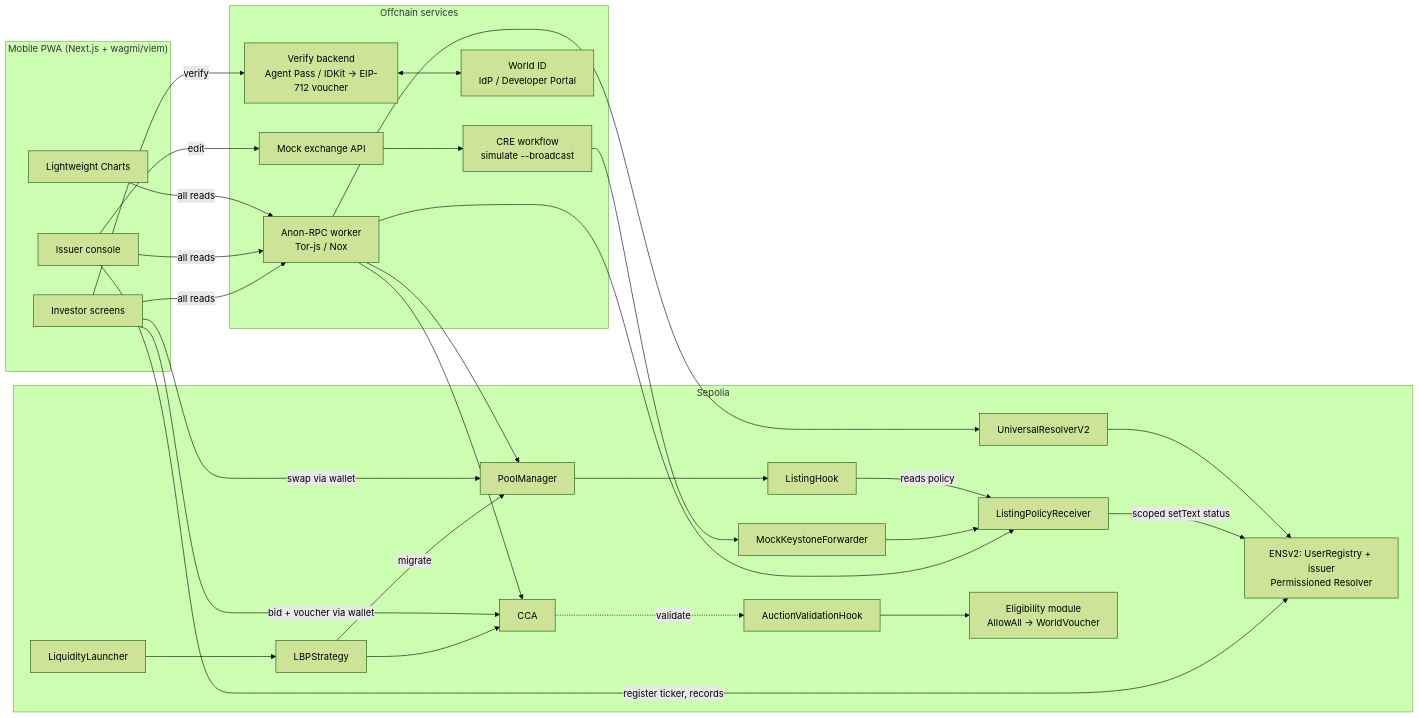
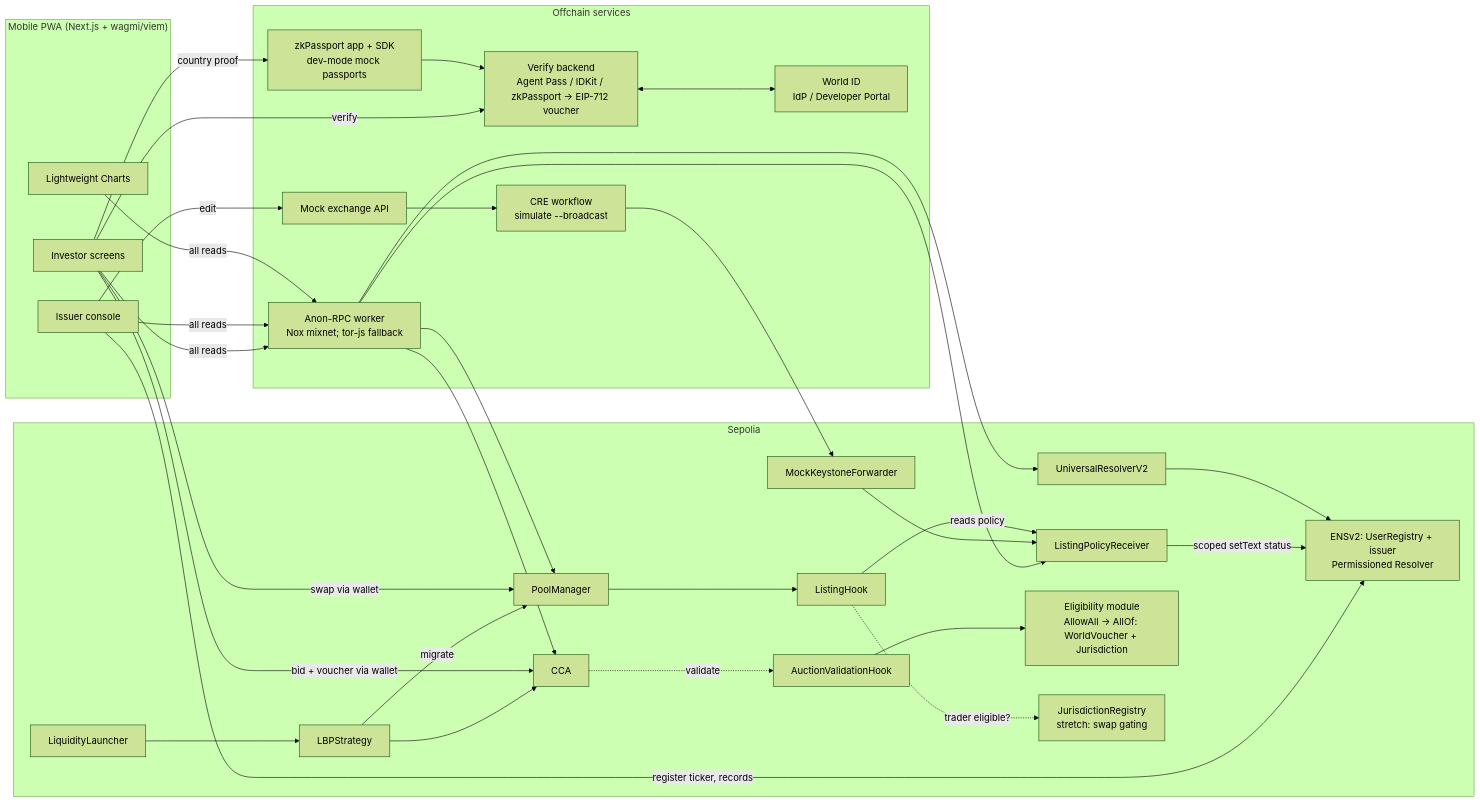
One commit to AyushBherwani1998/eth-global-mumbai changed the first of 3 diagrams in plan.md. Above: the diagram before and after it, drawn with Mermaid (forest theme). The commit also changed other lines of this file, not shown here.

First line of the commit message:
docs(plan): fix verified errors, add issuer-optional country restrictions

````diff
--- a/plan.md
+++ b/plan.md
@@ -291,36 +444,40 @@
 ```mermaid
 flowchart LR
   subgraph Client["Mobile PWA (Next.js + wagmi/viem)"]
     UI[Investor screens]
     IC[Issuer console]
     CH[Lightweight Charts]
   end
   subgraph Off["Offchain services"]
-    ANON[Anon-RPC worker\nTor-js / Nox]
+    ANON[Anon-RPC worker\nNox mixnet; tor-js fallback]
     API[Mock exchange API]
     CRE[CRE workflow\nsimulate --broadcast]
-    VB[Verify backend\nAgent Pass / IDKit → EIP-712 voucher]
+    VB[Verify backend\nAgent Pass / IDKit / zkPassport → EIP-712 voucher]
     WID[World ID\nIdP / Developer Portal]
+    ZKP[zkPassport app + SDK\ndev-mode mock passports]
   end
   subgraph Sepolia
     FWD[MockKeystoneForwarder]
     REC[ListingPolicyReceiver]
     ENS[ENSv2: UserRegistry + issuer\nPermissioned Resolver]
     UR[UniversalResolverV2]
     LL[LiquidityLauncher] --> LBP[LBPStrategy]
     LBP --> CCA[CCA]
     CCA -. validate .-> AVH[AuctionValidationHook]
-    AVH --> MOD[Eligibility module\nAllowAll → WorldVoucher]
+    AVH --> MOD["Eligibility module\nAllowAll → AllOf: WorldVoucher + Jurisdiction"]
+    JREG[JurisdictionRegistry\nstretch: swap gating]
     LBP -- migrate --> PM[PoolManager]
     PM --> LH[ListingHook]
   end
   UI & IC & CH -- all reads --> ANON --> UR & CCA & REC & PM
   UI -- verify --> VB <--> WID
+  UI -- country proof --> ZKP --> VB
+  LH -. trader eligible? .-> JREG
   UI -- bid + voucher via wallet --> CCA
   UI -- swap via wallet --> PM
   IC -- edit --> API --> CRE --> FWD --> REC
   IC -- register ticker, records --> ENS
   REC -- scoped setText status --> ENS
   LH -- reads policy --> REC
   UR --> ENS
 ```
````
